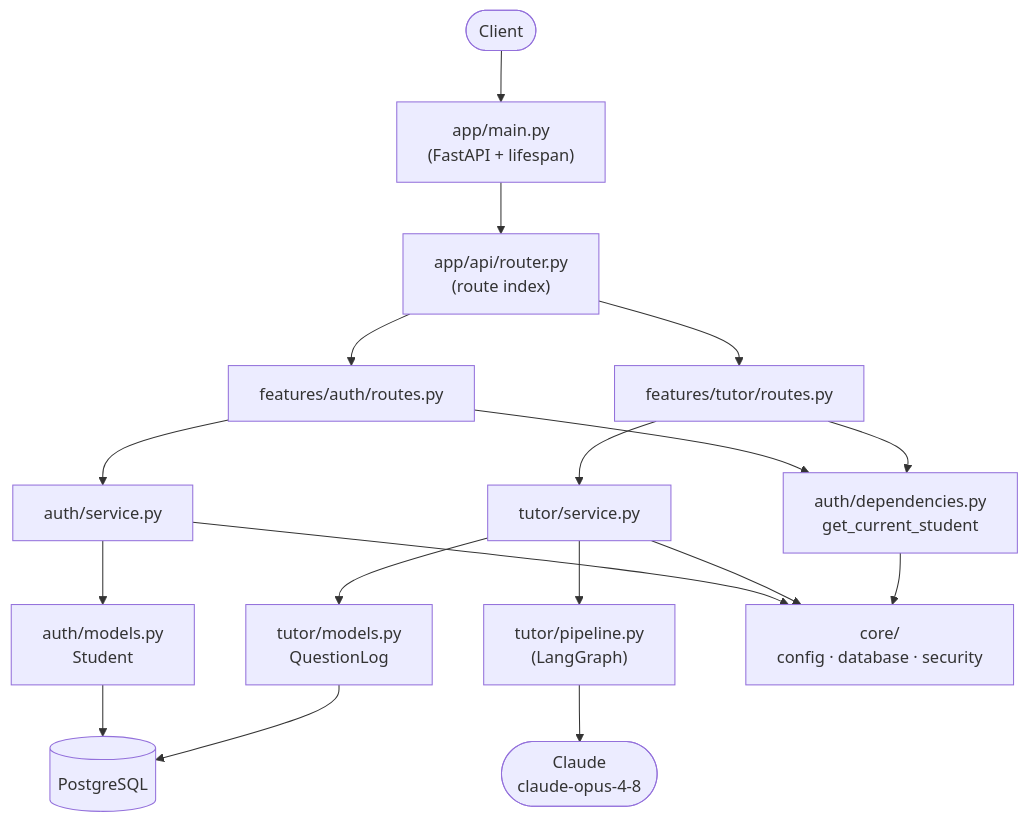
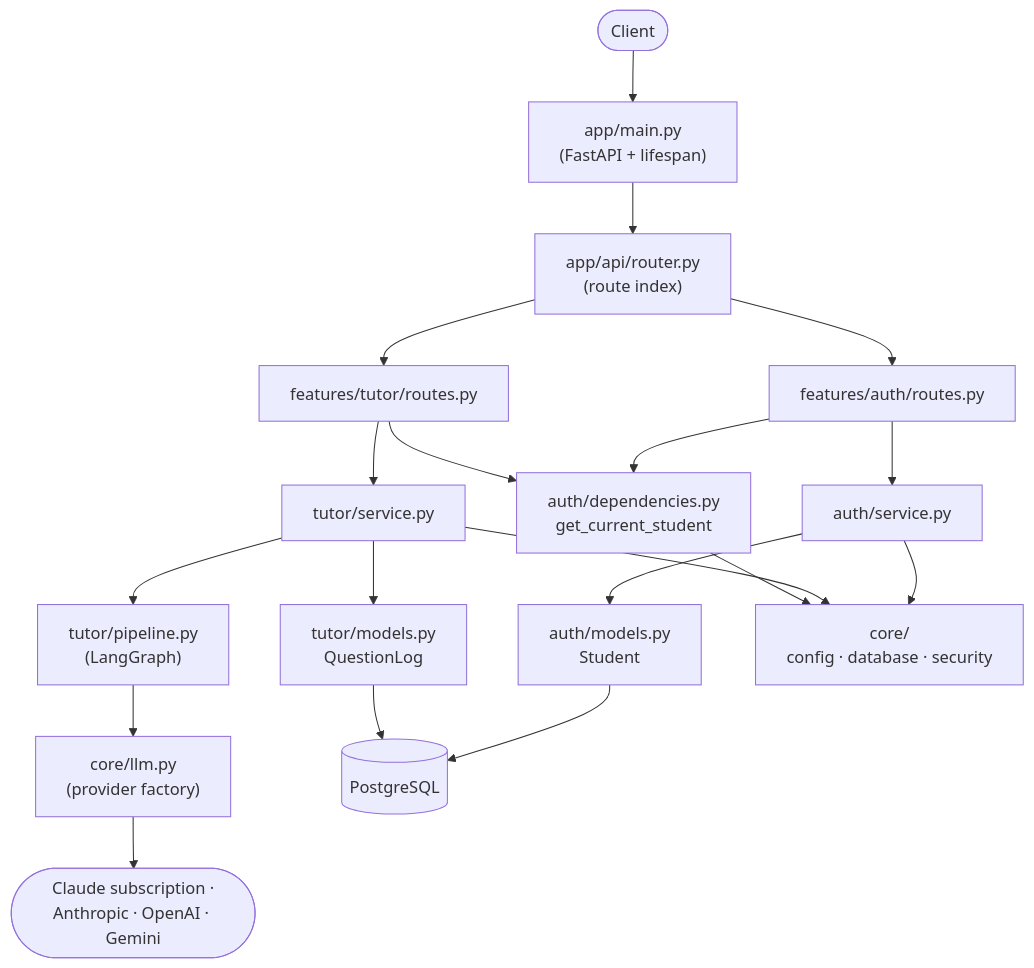
Before and after one commit to syamdumpala/Adapative_ai_tutor: the first of 3 diagrams in backend/architecture/DIAGRAM.md, drawn with Mermaid. The commit also changed other lines of this file and 32 other files, not shown here.

Commit message:
feat: integrated the anthropic subscription key

````diff
--- a/backend/architecture/DIAGRAM.md
+++ b/backend/architecture/DIAGRAM.md
@@ -7,26 +7,27 @@
 ```mermaid
 flowchart TD
     Client([Client])
     Client --> Main["app/main.py<br/>(FastAPI + lifespan)"]
     Main --> Index["app/api/router.py<br/>(route index)"]
 
     Index --> AuthR["features/auth/routes.py"]
     Index --> TutorR["features/tutor/routes.py"]
 
     AuthR --> AuthDep["auth/dependencies.py<br/>get_current_student"]
     AuthR --> AuthSvc["auth/service.py"]
     AuthSvc --> AuthModel["auth/models.py<br/>Student"]
 
     TutorR --> AuthDep
     TutorR --> TutorSvc["tutor/service.py"]
     TutorSvc --> Pipeline["tutor/pipeline.py<br/>(LangGraph)"]
     TutorSvc --> TutorModel["tutor/models.py<br/>QuestionLog"]
 
     AuthSvc --> Core["core/<br/>config · database · security"]
     TutorSvc --> Core
     AuthDep --> Core
+    Pipeline --> LLM["core/llm.py<br/>(provider factory)"]
 
     AuthModel --> DB[(PostgreSQL)]
     TutorModel --> DB
-    Pipeline --> Claude([Claude<br/>claude-opus-4-8])
+    LLM --> Providers([Claude subscription ·<br/>Anthropic · OpenAI · Gemini])
 ```
````
